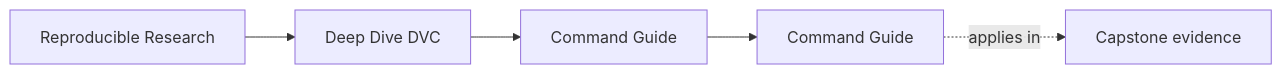
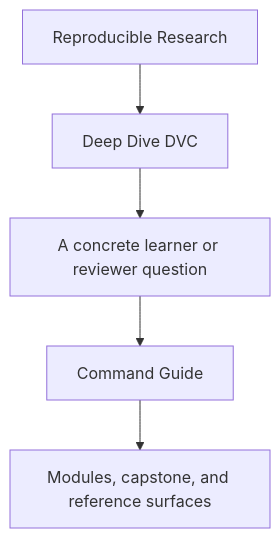
The first of 2 diagrams in programs/reproducible-research/deep-dive-dvc/course-book/guides/command-guide.md (bijux/bijux-masterclass), drawn with Mermaid before and after one commit. The commit also changed other lines of this file and 31 other files, not shown here.

Commit message:
docs(deep-dive-dvc): sharpen guide and reference diagrams

````diff
--- a/programs/reproducible-research/deep-dive-dvc/course-book/guides/command-guide.md
+++ b/programs/reproducible-research/deep-dive-dvc/course-book/guides/command-guide.md
@@ -9,11 +9,7 @@
 ```mermaid
-graph LR
-  family["Reproducible Research"]
-  program["Deep Dive DVC"]
-  section["Command Guide"]
-  page["Command Guide"]
-  capstone["Capstone evidence"]
-
-  family --> program --> section --> page
-  page -.applies in.-> capstone
+flowchart TD
+  family["Reproducible Research"] --> program["Deep Dive DVC"]
+  program --> pressure["A concrete learner or reviewer question"]
+  pressure --> guide["Command Guide"]
+  guide --> next["Modules, capstone, and reference surfaces"]
 ```
````
